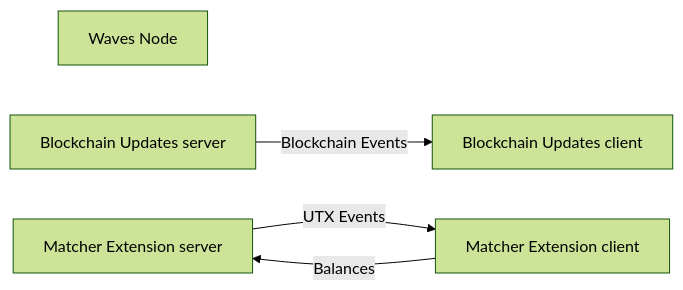
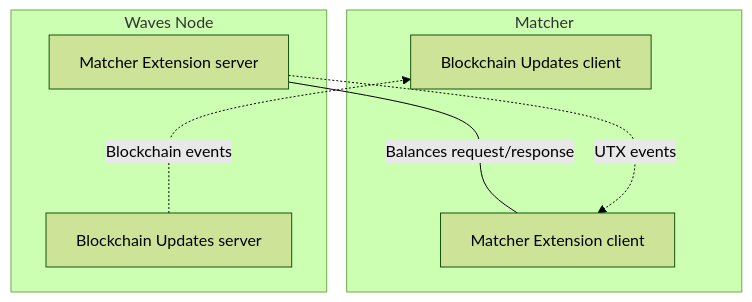
Before and after one commit to wavesplatform/matcher: the diagram in docs/images/wni-ext.mmd, drawn with Mermaid (forest theme). The commit also changed 3 other files, not shown here.

```diff
--- a/docs/images/wni-ext.mmd
+++ b/docs/images/wni-ext.mmd
@@ -1,9 +1,12 @@
-graph LR
-  W[Waves Node]
-  MBUs[Blockchain Updates server]
-  MBUc[Blockchain Updates client]
-  MEs[Matcher Extension server]
-  MEc[Matcher Extension client]
-  MBUs -->|Blockchain Events| MBUc
-  MEs -->|UTX Events| MEc
-  MEc -->|Balances| MEs
+flowchart BT
+  subgraph Matcher
+    MBUc[Blockchain Updates client]
+    MEc[Matcher Extension client]
+  end
+  subgraph Waves Node
+    MBUs[Blockchain Updates server]
+    MEs[Matcher Extension server]
+  end
+  MBUs -..->|Blockchain events| MBUc
+  MEc ---|Balances request/response| MEs
+  MEs -..->|UTX events| MEc
```
